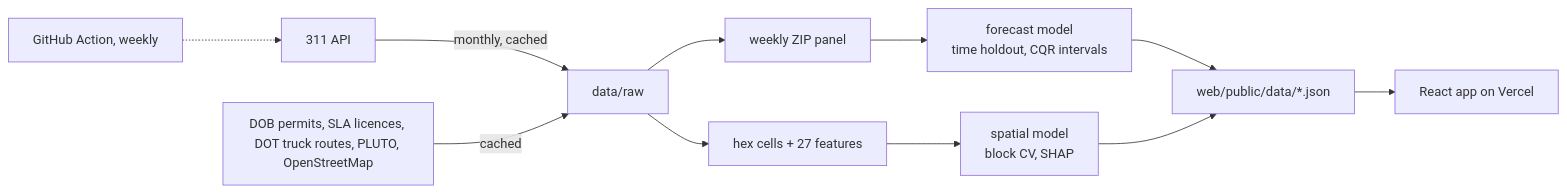
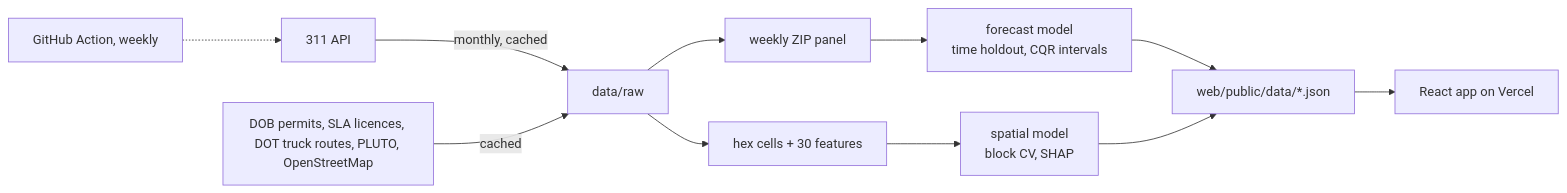
The diagram in Readme.md (OrenSegal/ny-noise), drawn with Mermaid before and after one commit. The commit also changed other lines of this file and 20 other files, not shown here.

````diff
--- a/Readme.md
+++ b/Readme.md
@@ -67,13 +67,13 @@
 ```mermaid
 flowchart LR
     A[311 API] -->|monthly, cached| B[data/raw]
     S[DOB permits, SLA licences, DOT truck routes, PLUTO, OpenStreetMap] -->|cached| B
     B --> C[weekly ZIP panel]
-    B --> H[hex cells + 27 features]
+    B --> H[hex cells + 30 features]
     C --> D[forecast model<br/>time holdout, CQR intervals]
     H --> E[spatial model<br/>block CV, SHAP]
     D --> J[web/public/data/*.json]
     E --> J
     J --> W[React app on Vercel]
     G[GitHub Action, weekly] -.-> A
 ```
````
